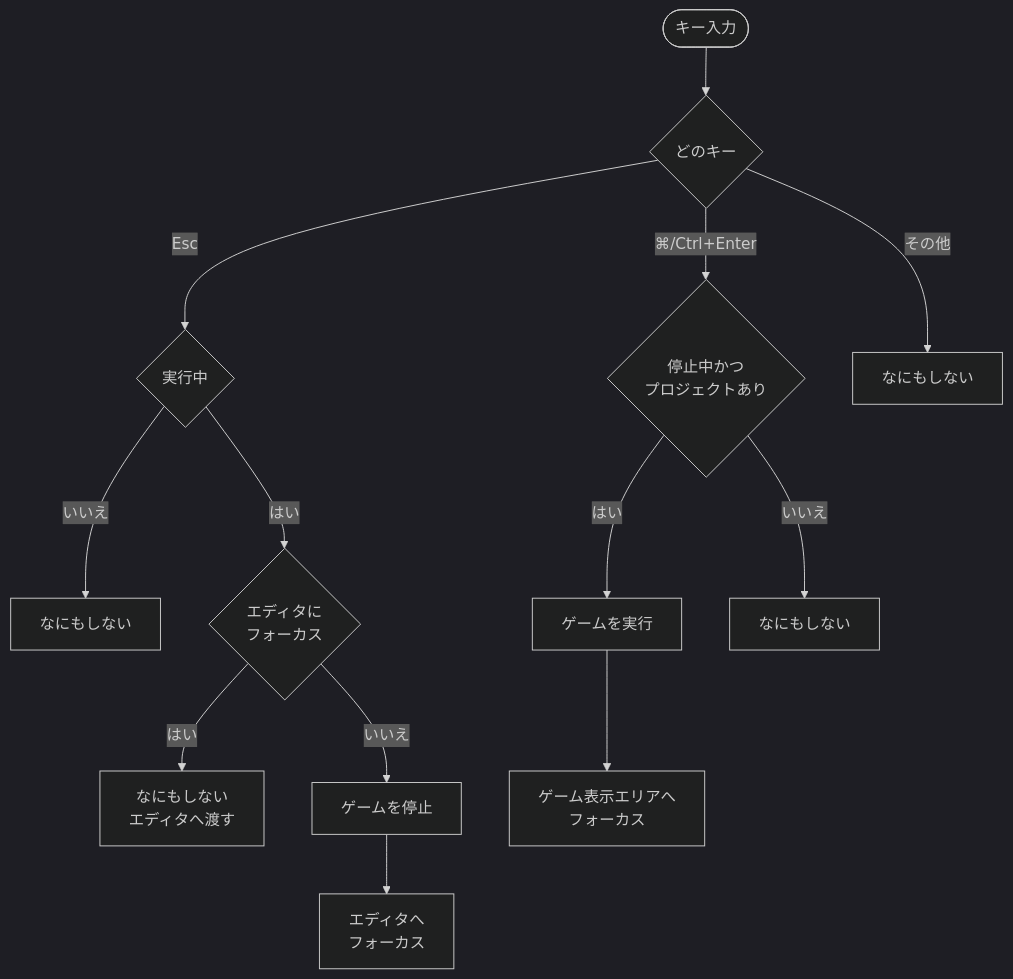
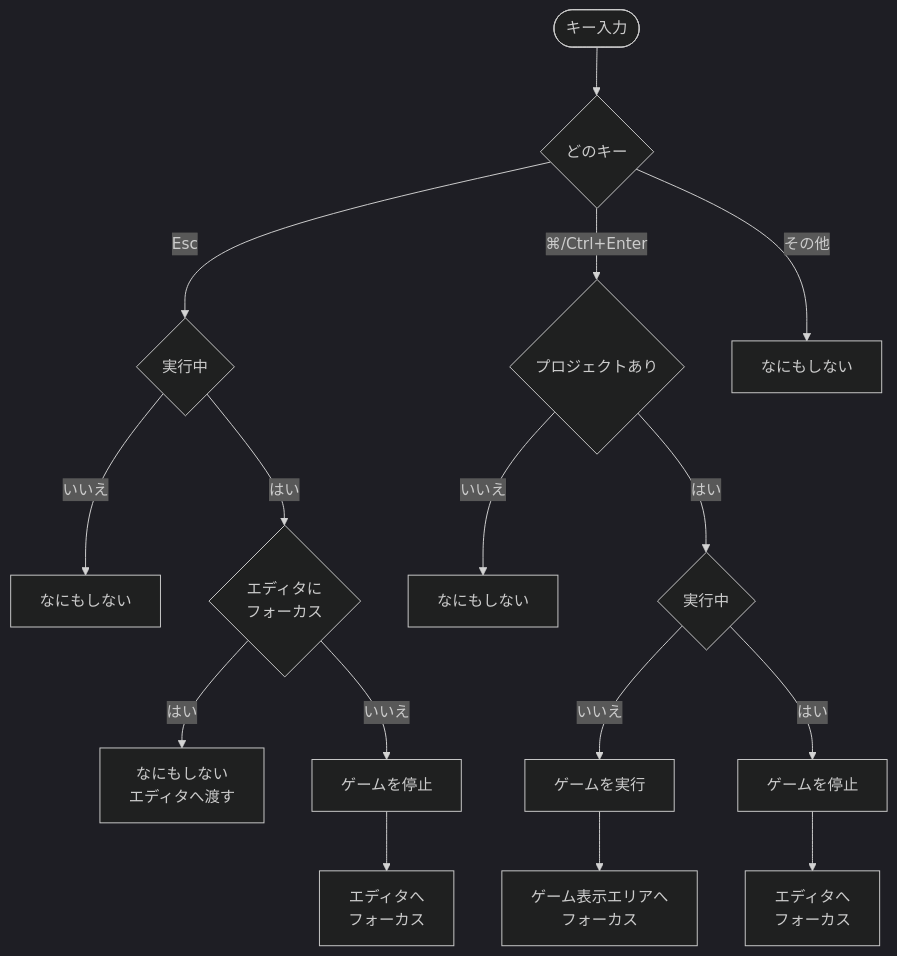
One commit to digitarhythm/arcadeer changed diagram 23 of 38 in docs/specification.md. Above: the diagram before and after it, drawn with Mermaid (dark theme). The commit also changed other lines of this file and 6 other files, not shown here.

````diff
--- a/docs/specification.md
+++ b/docs/specification.md
@@ -1638,15 +1646,18 @@
 ```mermaid
 flowchart TB
     Key([キー入力]) --> Which{どのキー}
     Which -- "Esc" --> Running{実行中}
     Running -- いいえ --> Pass[なにもしない]
     Running -- はい --> Focus{エディタに<br/>フォーカス}
     Focus -- はい --> Pass2[なにもしない<br/>エディタへ渡す]
     Focus -- いいえ --> Stop[ゲームを停止]
     Stop --> FocusE[エディタへ<br/>フォーカス]
-    Which -- "⌘/Ctrl+Enter" --> Stopped{停止中かつ<br/>プロジェクトあり}
-    Stopped -- はい --> Run[ゲームを実行]
+    Which -- "⌘/Ctrl+Enter" --> Opened{プロジェクトあり}
+    Opened -- いいえ --> Pass3[なにもしない]
+    Opened -- はい --> Playing{実行中}
+    Playing -- いいえ --> Run[ゲームを実行]
     Run --> FocusG[ゲーム表示エリアへ<br/>フォーカス]
-    Stopped -- いいえ --> Pass3[なにもしない]
+    Playing -- はい --> Stop2[ゲームを停止]
+    Stop2 --> FocusE2[エディタへ<br/>フォーカス]
     Which -- その他 --> Pass4[なにもしない]
 ```
````
